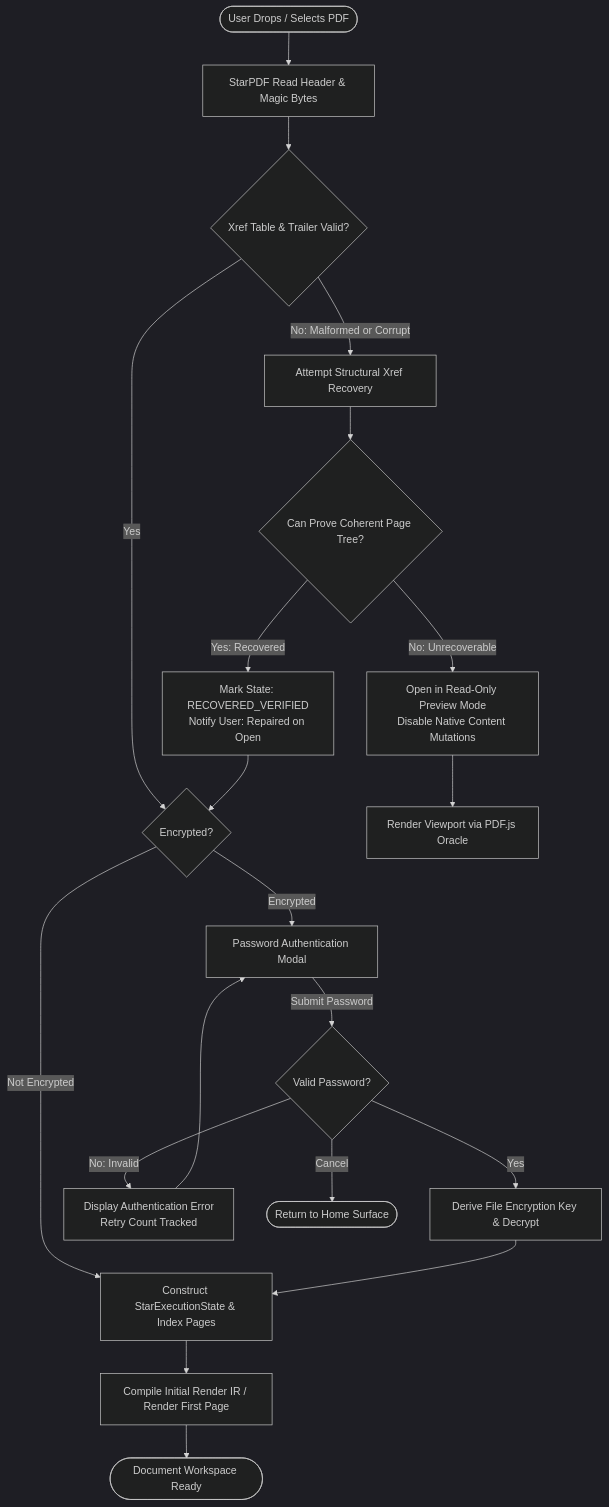
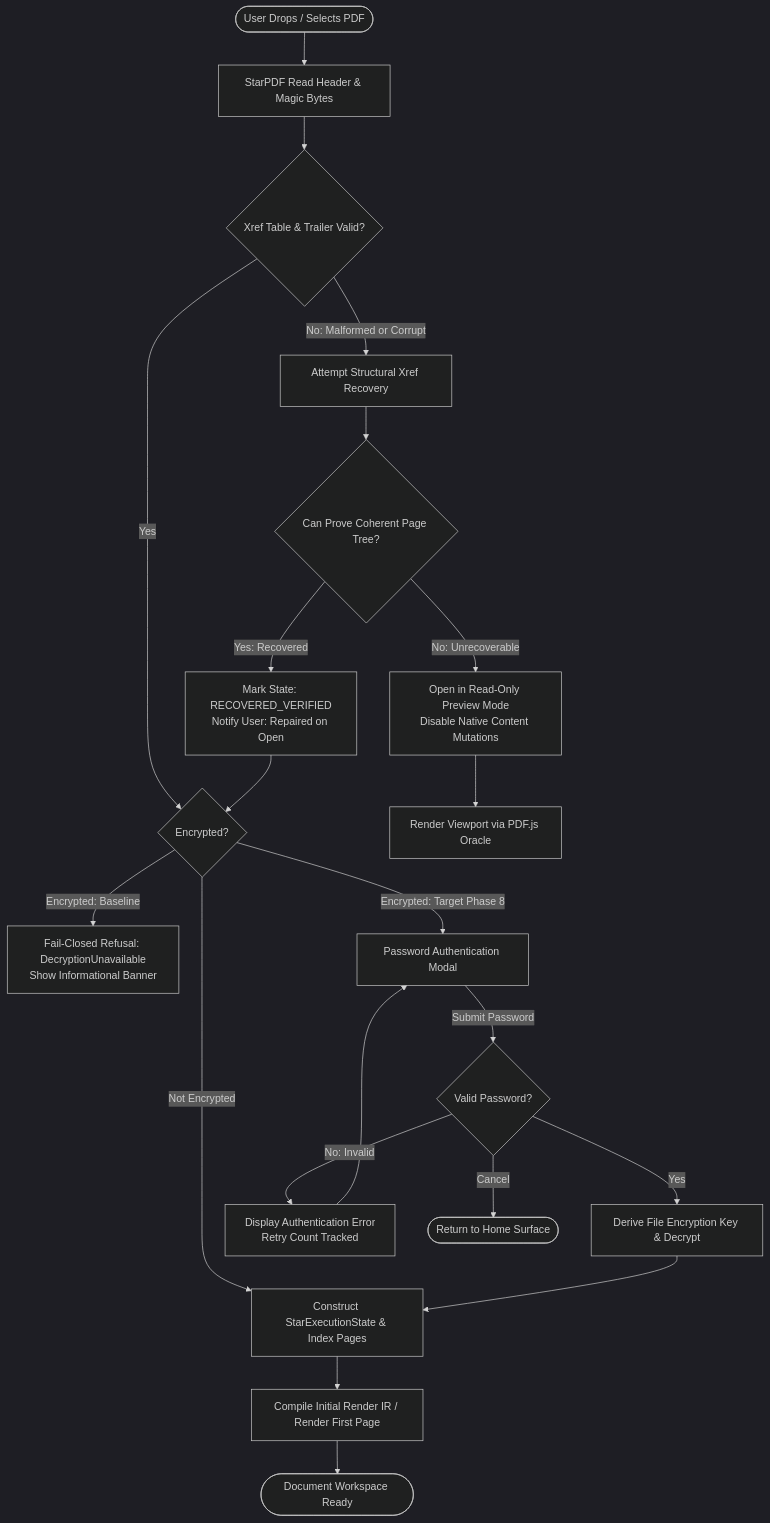
One commit to sallahuddin92/toolrakyat changed the second of 5 diagrams in docs/product/APP_FLOW.md. Above: the diagram before and after it, drawn with Mermaid (dark theme). The commit also changed other lines of this file and 8 other files, not shown here.

````diff
--- a/docs/product/APP_FLOW.md
+++ b/docs/product/APP_FLOW.md
@@ -33,28 +33,29 @@
 ```mermaid
 flowchart TD
     Start([User Drops / Selects PDF]) --> InspectBytes[StarPDF Read Header & Magic Bytes]
     InspectBytes --> ReadXref{Xref Table & Trailer Valid?}
     
     ReadXref -->|Yes| CheckEncryption{Encrypted?}
     ReadXref -->|No: Malformed or Corrupt| RunRecovery[Attempt Structural Xref Recovery]
     
     RunRecovery --> RecoverySuccess{Can Prove Coherent Page Tree?}
     RecoverySuccess -->|Yes: Recovered| FlagRecovered[Mark State: RECOVERED_VERIFIED<br>Notify User: Repaired on Open]
     RecoverySuccess -->|No: Unrecoverable| ReadOnlyFallback[Open in Read-Only Preview Mode<br>Disable Native Content Mutations]
     
     FlagRecovered --> CheckEncryption
     ReadOnlyFallback --> RenderViewport[Render Viewport via PDF.js Oracle]
     
     CheckEncryption -->|Not Encrypted| BuildExecutionState[Construct StarExecutionState & Index Pages]
-    CheckEncryption -->|Encrypted| AuthFlow[Password Authentication Modal]
+    CheckEncryption -->|Encrypted: Baseline| SafeRefusal[Fail-Closed Refusal: DecryptionUnavailable<br>Show Informational Banner]
+    CheckEncryption -->|Encrypted: Target Phase 8| AuthFlow[Password Authentication Modal]
     
     AuthFlow -->|Submit Password| VerifyCreds{Valid Password?}
     VerifyCreds -->|Yes| DecryptStreams[Derive File Encryption Key & Decrypt]
     VerifyCreds -->|No: Invalid| AuthError[Display Authentication Error<br>Retry Count Tracked]
     AuthError --> AuthFlow
     VerifyCreds -->|Cancel| AbortOpen([Return to Home Surface])
     
     DecryptStreams --> BuildExecutionState
     BuildExecutionState --> RenderInitial[Compile Initial Render IR / Render First Page]
     RenderInitial --> WorkspaceReady([Document Workspace Ready])
 ```
````
